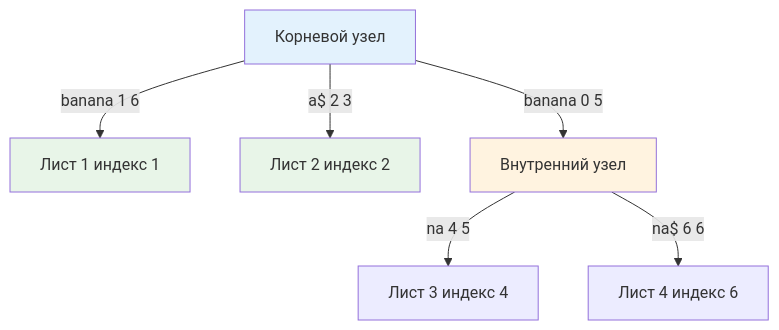
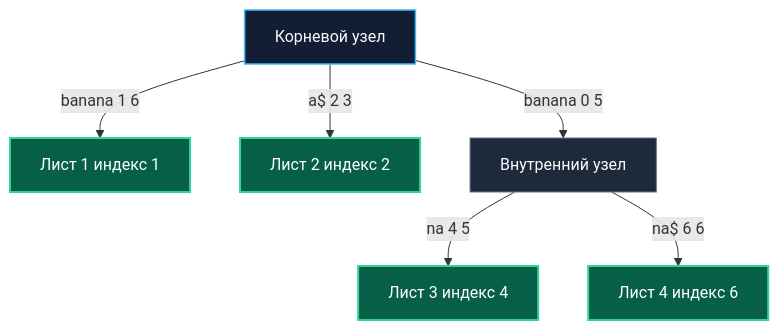
The diagram in sources/20. Алгоритмы и структуры данных (DSA) на Go/12. Строки/7. Suffix tree.md (UnrealTemplier/go-textbook), drawn with Mermaid before and after one commit. The commit also changed other lines of this file, not shown here.

````diff
--- a/sources/20. Алгоритмы и структуры данных (DSA) на Go/12. Строки/7. Suffix tree.md
+++ b/sources/20. Алгоритмы и структуры данных (DSA) на Go/12. Строки/7. Suffix tree.md
@@ -19,13 +30,14 @@
 ```mermaid
 flowchart TD
     Root["Корневой узел"] -->|banana 1 6| Leaf1["Лист 1 индекс 1"]
     Root -->|a$ 2 3| Leaf2["Лист 2 индекс 2"]
     Root -->|banana 0 5| Inner["Внутренний узел"]
     Inner -->|na 4 5| Leaf3["Лист 3 индекс 4"]
     Inner -->|na$ 6 6| Leaf4["Лист 4 индекс 6"]
-    
-    style Root fill:#e3f2fd
-    style Inner fill:#fff3e0
-    style Leaf1 fill:#e8f5e8
-    style Leaf2 fill:#e8f5e8
+
+    classDef default fill:#131d33,stroke:#38bdf8,stroke-width:1.5px,color:#f8fafc;
+    classDef innerNode fill:#1e293b,stroke:#64748b,stroke-width:1px,color:#f8fafc;
+    classDef leafNode fill:#065f46,stroke:#34d399,stroke-width:2px,color:#ffffff;
+    class Inner innerNode;
+    class Leaf1,Leaf2,Leaf3,Leaf4 leafNode;
 ```
````
